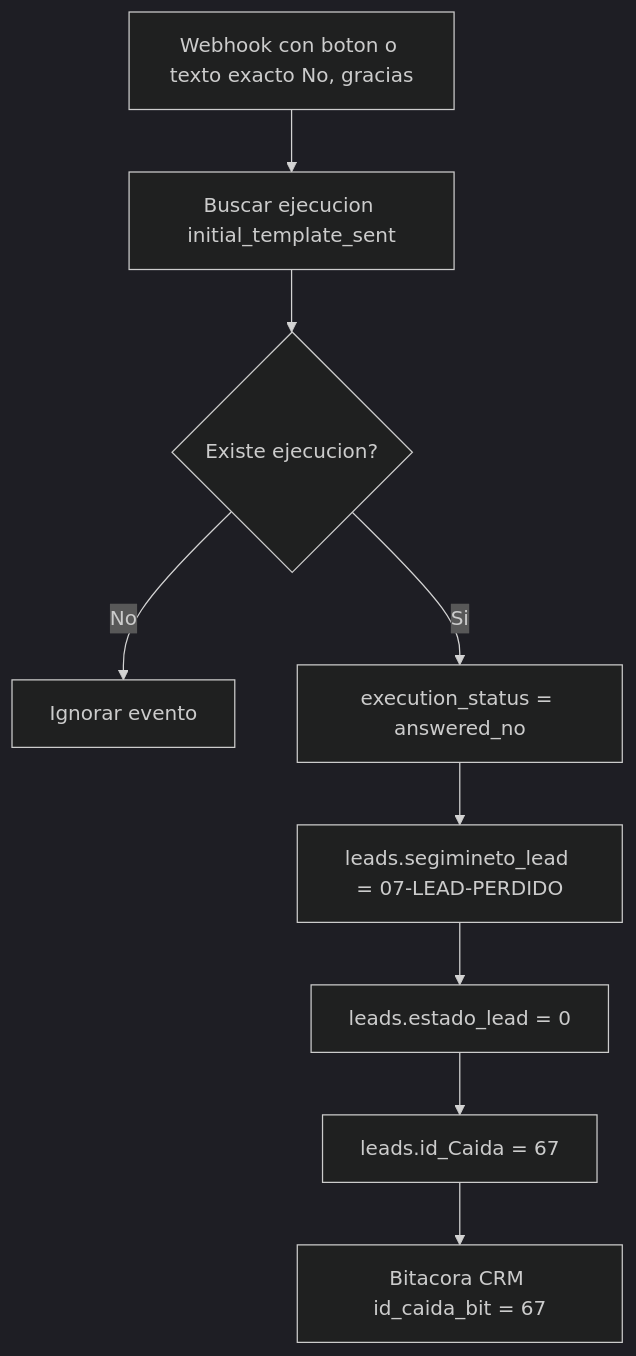
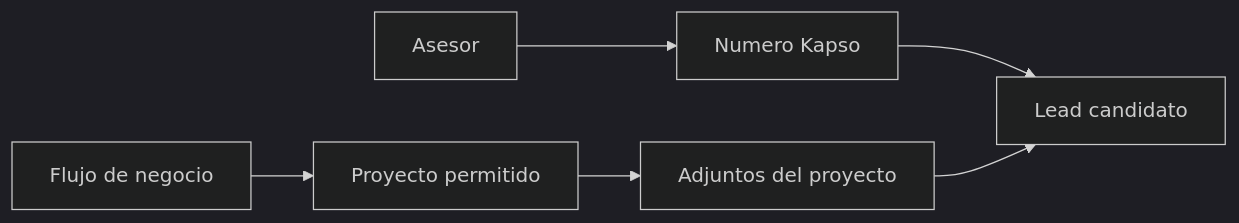
The fifth of 9 diagrams in README.md (roccacr/CRM_VENTAS), drawn with Mermaid (dark theme) before and after one commit. The commit also changed other lines of this file and 19 other files, not shown here.

````diff
--- a/README.md
+++ b/README.md
@@ -596,11 +351,8 @@
 ```mermaid
-flowchart TD
-  A["Webhook con boton o texto exacto No, gracias"] --> B["Buscar ejecucion initial_template_sent"]
-  B --> C{"Existe ejecucion?"}
-  C -- "No" --> X["Ignorar evento"]
-  C -- "Si" --> D["execution_status = answered_no"]
-  D --> E["leads.segimineto_lead = 07-LEAD-PERDIDO"]
-  E --> F["leads.estado_lead = 0"]
-  F --> G["leads.id_Caida = 67"]
-  G --> H["Bitacora CRM id_caida_bit = 67"]
+flowchart LR
+  A["Asesor"] --> B["Numero Kapso"]
+  C["Flujo de negocio"] --> D["Proyecto permitido"]
+  D --> E["Adjuntos del proyecto"]
+  B --> F["Lead candidato"]
+  E --> F
 ```
````
